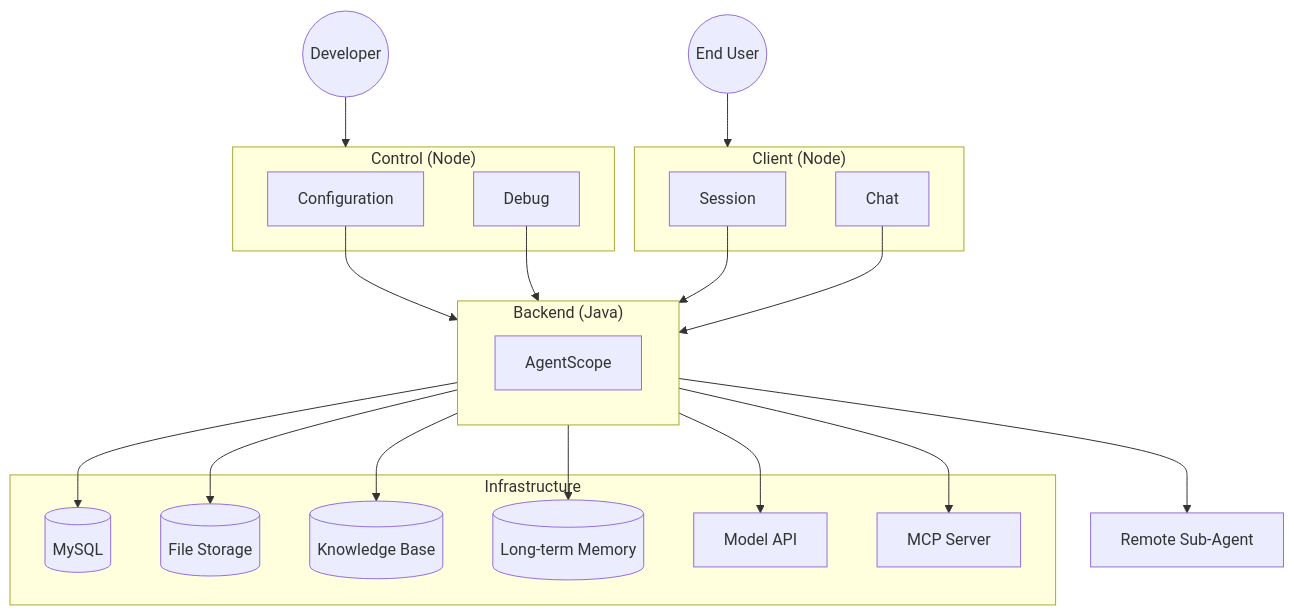
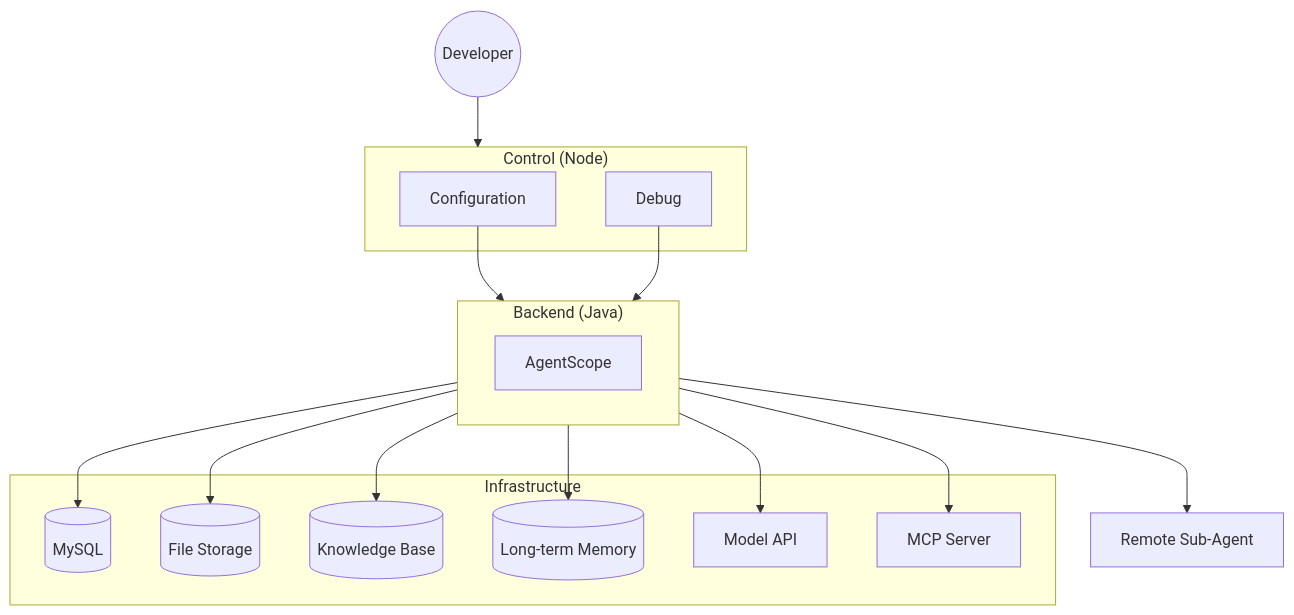
The diagram in README_en.md (alibaba/tron-one-agent), drawn with Mermaid before and after one commit. The commit also changed other lines of this file and 1 other file, not shown here.

````diff
--- a/README_en.md
+++ b/README_en.md
@@ -57,45 +57,36 @@
 ```mermaid
 graph TB
-  EndUser((End User))
-  subgraph Client["Client (Node)"]
-    Session[Session]
-    Chat[Chat]
-  end
-
   Developer((Developer))
   subgraph Control["Control (Node)"]
     Config[Configuration]
     Debugger[Debug]
   end
 
   subgraph Backend["Backend (Java)"]
     AgentScope[AgentScope]
   end
 
   subgraph Infrastructure
     Mysql[(MySQL)]
     OSS[("File Storage")]
     RAG[("Knowledge Base")]
     LongTermMemory[("Long-term Memory")]
     ModelAPI["Model API"]
     McpServer["MCP Server"]
   end
 
   RemoteSubAgent[Remote Sub-Agent]
 
-  EndUser --> Client
   Developer --> Control
 
   Config --> Backend
   Debugger --> Backend
-  Session --> Backend
-  Chat --> Backend
 
   Backend --> Mysql
   Backend --> OSS
   Backend --> ModelAPI
   Backend --> RAG
   Backend --> LongTermMemory
   Backend --> McpServer
   Backend --> RemoteSubAgent
 ```
````
